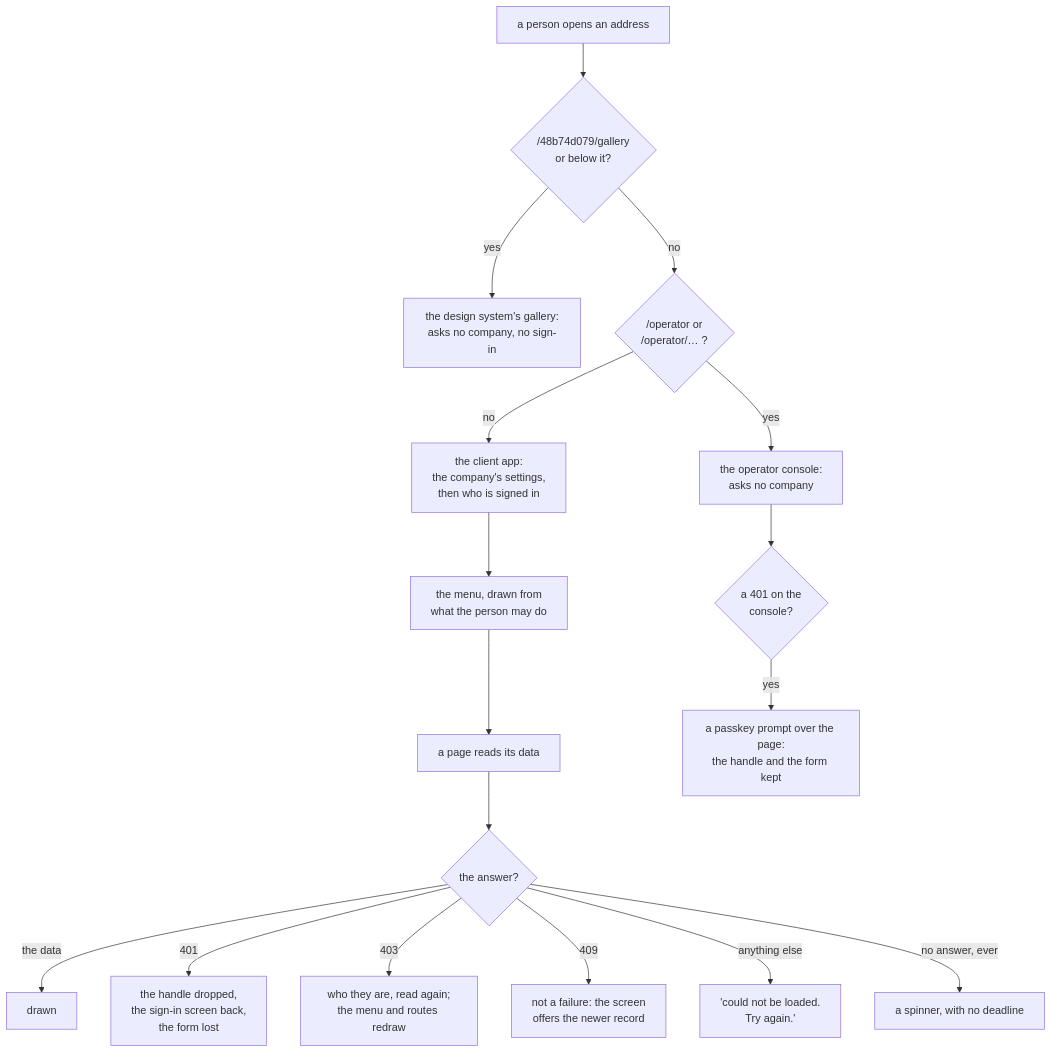
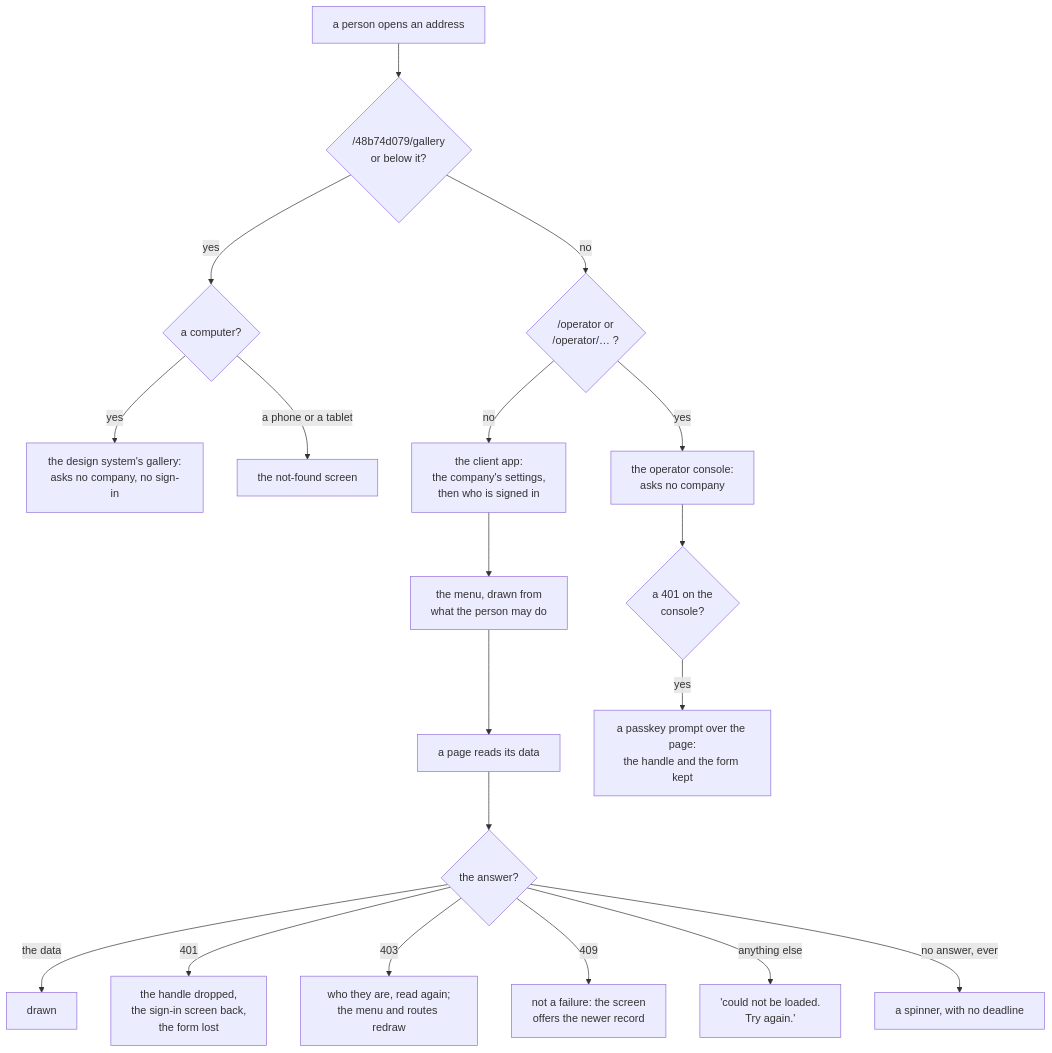
One commit to ancJ29/credo changed the diagram in docs/memo/ui.md. Above: the diagram before and after it, drawn with Mermaid. The commit also changed 9 other files, not shown here.

Commit message:
feat(ui): the gallery is for a computer, a phone or a tablet gets the not-found screen

````diff
--- a/docs/memo/ui.md
+++ b/docs/memo/ui.md
@@ -15,19 +15,21 @@
 ```mermaid
 flowchart TD
   open["a person opens an address"] --> gal{"/48b74d079/gallery<br/>or below it?"}
-  gal -- "yes" --> gallery["the design system's gallery:<br/>asks no company, no sign-in"]
+  gal -- "yes" --> pc{"a computer?"}
+  pc -- "yes" --> gallery["the design system's gallery:<br/>asks no company, no sign-in"]
+  pc -- "a phone or a tablet" --> notfound["the not-found screen"]
   gal -- "no" --> which{"/operator or<br/>/operator/… ?"}
   which -- "no" --> client["the client app:<br/>the company's settings,<br/>then who is signed in"]
   which -- "yes" --> operator["the operator console:<br/>asks no company"]
   client --> menu["the menu, drawn from<br/>what the person may do"]
   menu --> page["a page reads its data"]
   page --> answer{"the answer?"}
   answer -- "the data" --> drawn["drawn"]
   answer -- "401" --> out["the handle dropped,<br/>the sign-in screen back,<br/>the form lost"]
   answer -- "403" --> reread["who they are, read again;<br/>the menu and routes redraw"]
   answer -- "409" --> conflict["not a failure: the screen<br/>offers the newer record"]
   answer -- "anything else" --> failed["'could not be loaded.<br/>Try again.'"]
   answer -- "no answer, ever" --> spin["a spinner, with no deadline"]
   operator --> opcall{"a 401 on the<br/>console?"}
   opcall -- "yes" --> modal["a passkey prompt over the page:<br/>the handle and the form kept"]
 ```
````
